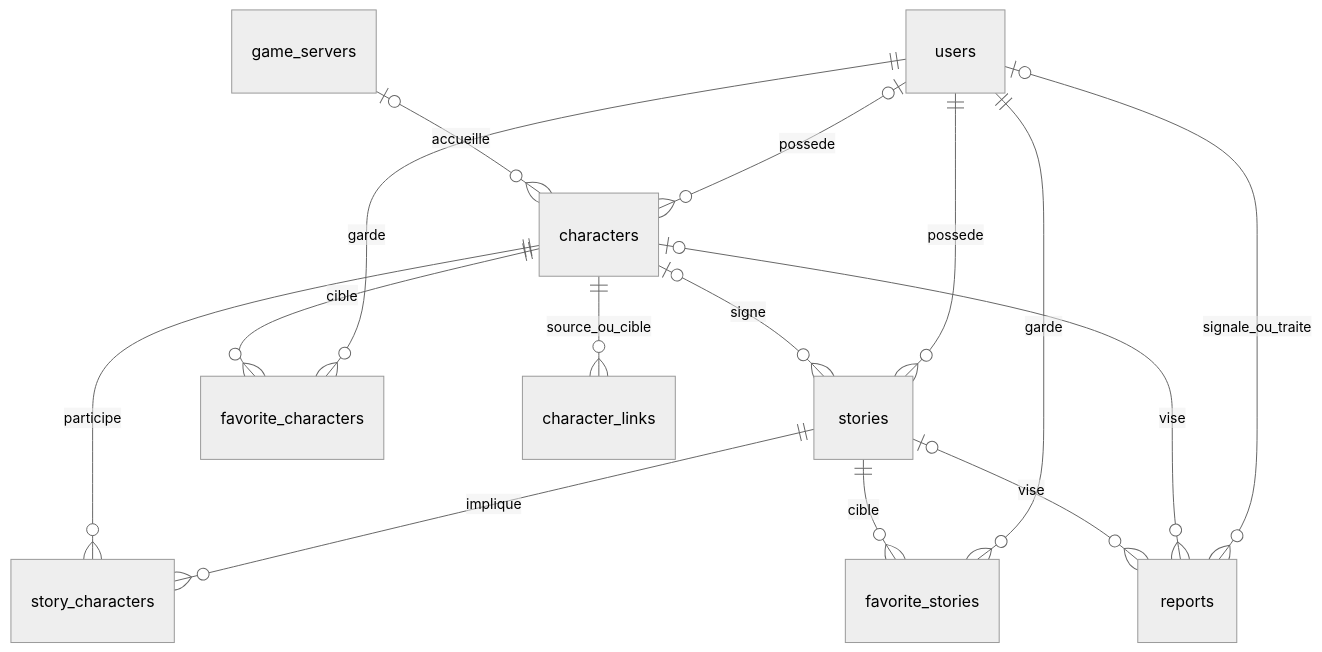
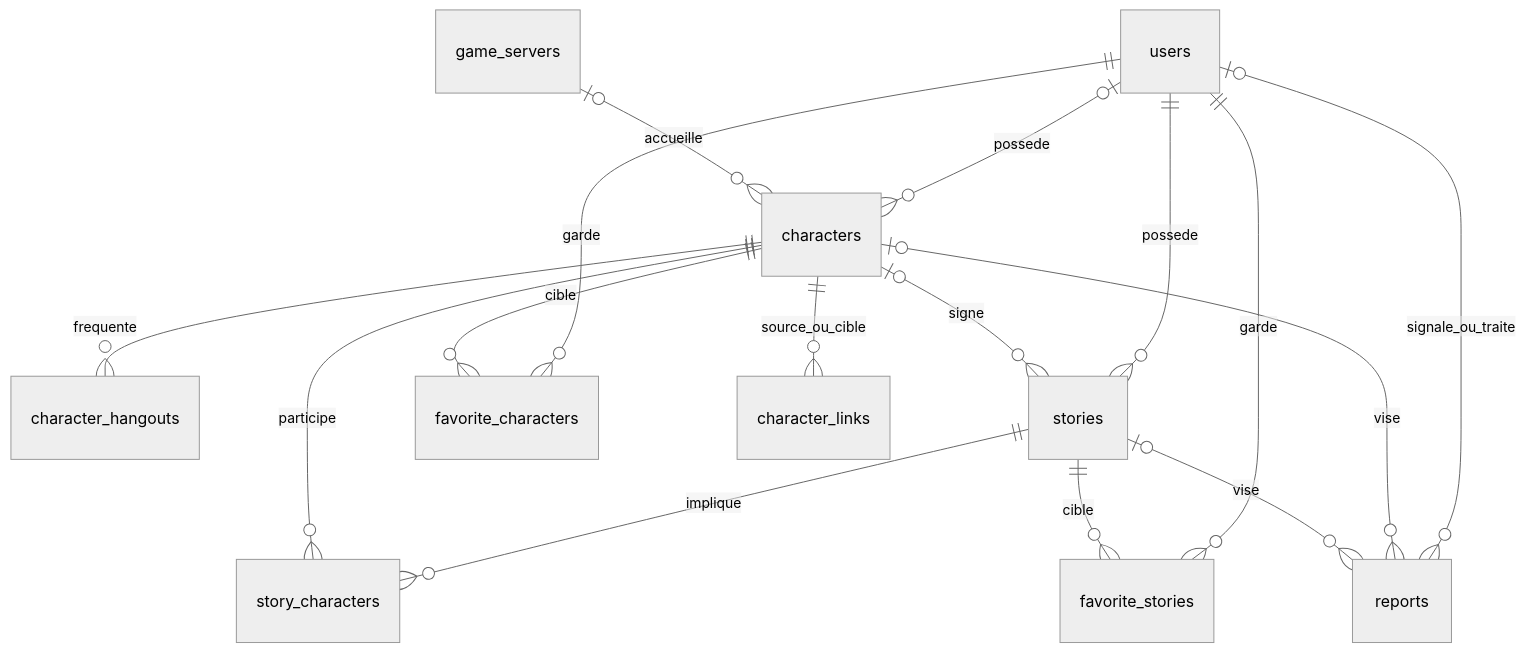
One commit to ceslinge/troolplay changed the diagram in docs/database.md. Above: the diagram before and after it, drawn with Mermaid (neutral theme). The commit also changed other lines of this file and 5 other files, not shown here.

````diff
--- a/docs/database.md
+++ b/docs/database.md
@@ -5,17 +5,18 @@
 ```mermaid
 erDiagram
     users |o--o{ characters : possede
     game_servers |o--o{ characters : accueille
+    characters ||--o{ character_hangouts : frequente
     users ||--o{ stories : possede
     characters |o--o{ stories : signe
     stories ||--o{ story_characters : implique
     characters ||--o{ story_characters : participe
     users ||--o{ favorite_characters : garde
     characters ||--o{ favorite_characters : cible
     users ||--o{ favorite_stories : garde
     stories ||--o{ favorite_stories : cible
     characters ||--o{ character_links : source_ou_cible
     users |o--o{ reports : signale_ou_traite
     characters |o--o{ reports : vise
     stories |o--o{ reports : vise
 ```
````
